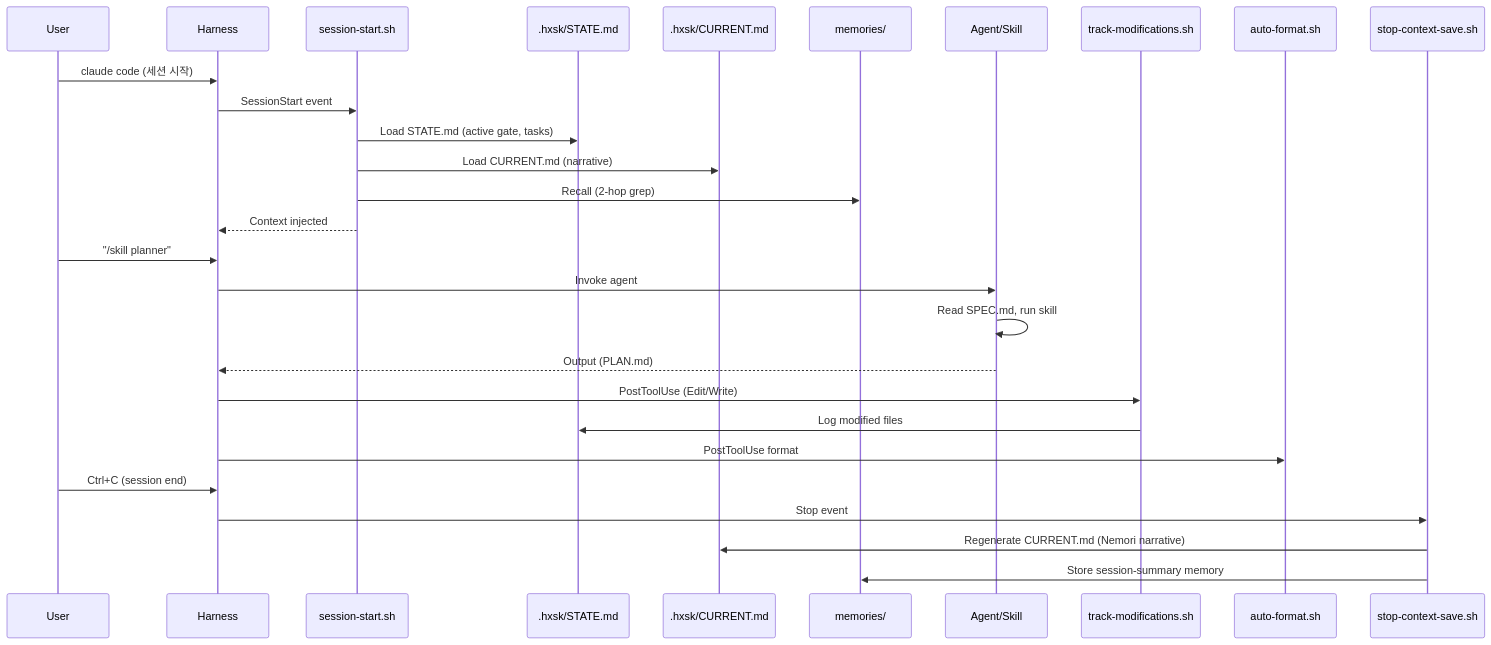
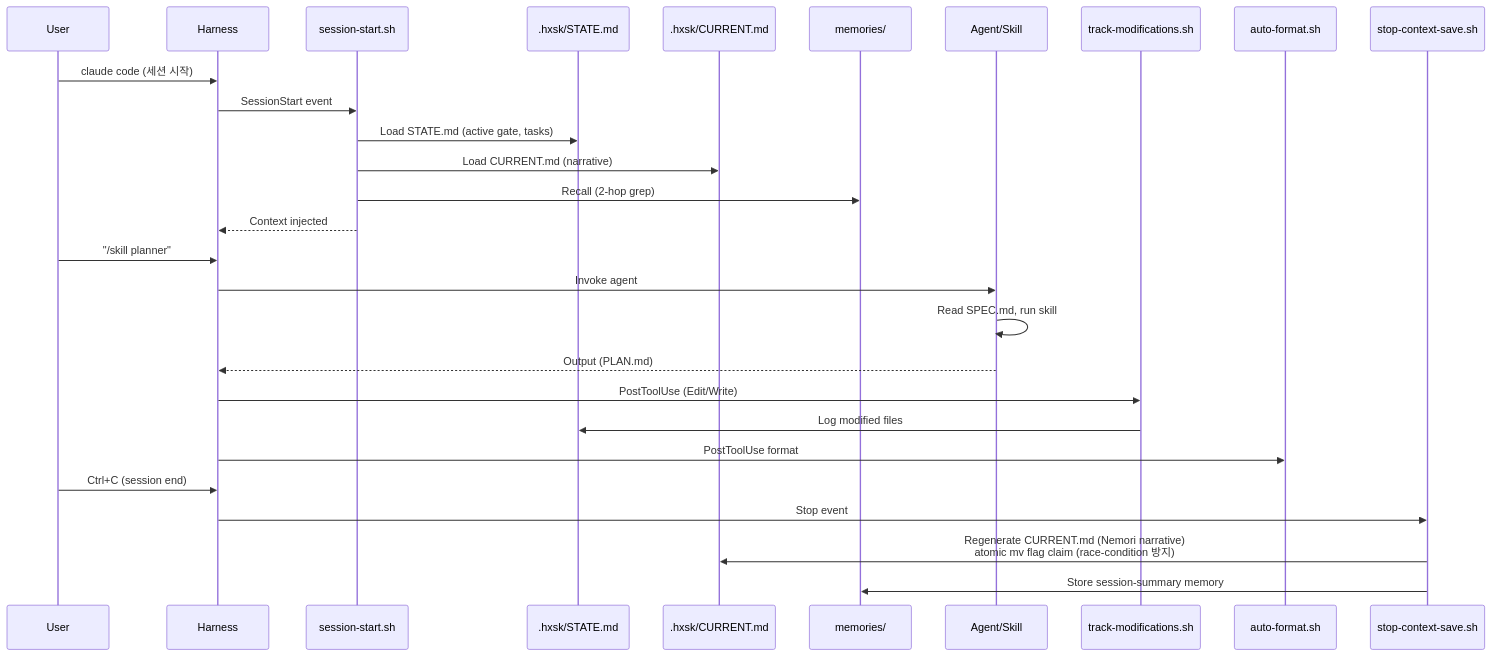
One commit to SukbeomH/HExoskeleton changed the third of 10 diagrams in docs/system-architecture.md. Above: the diagram before and after it, drawn with Mermaid. The commit also changed other lines of this file and 40 other files, not shown here.

````diff
--- a/docs/system-architecture.md
+++ b/docs/system-architecture.md
@@ -95,34 +95,34 @@
 ```mermaid
 sequenceDiagram
     participant U as User
     participant H as Harness
     participant SS as session-start.sh
     participant S as .hxsk/STATE.md
     participant C as .hxsk/CURRENT.md
     participant M as memories/
     participant A as Agent/Skill
     participant Mod as track-modifications.sh
     participant AF as auto-format.sh
     participant Stop as stop-context-save.sh
 
     U->>H: claude code (세션 시작)
     H->>SS: SessionStart event
     SS->>S: Load STATE.md (active gate, tasks)
     SS->>C: Load CURRENT.md (narrative)
     SS->>M: Recall (2-hop grep)
     SS-->>H: Context injected
 
     U->>H: "/skill planner"
     H->>A: Invoke agent
     A->>A: Read SPEC.md, run skill
     A-->>H: Output (PLAN.md)
 
     H->>Mod: PostToolUse (Edit/Write)
     Mod->>S: Log modified files
     H->>AF: PostToolUse format
 
     U->>H: Ctrl+C (session end)
     H->>Stop: Stop event
-    Stop->>C: Regenerate CURRENT.md (Nemori narrative)
+    Stop->>C: Regenerate CURRENT.md (Nemori narrative)<br/>atomic mv flag claim (race-condition 방지)
     Stop->>M: Store session-summary memory
 ```
````
